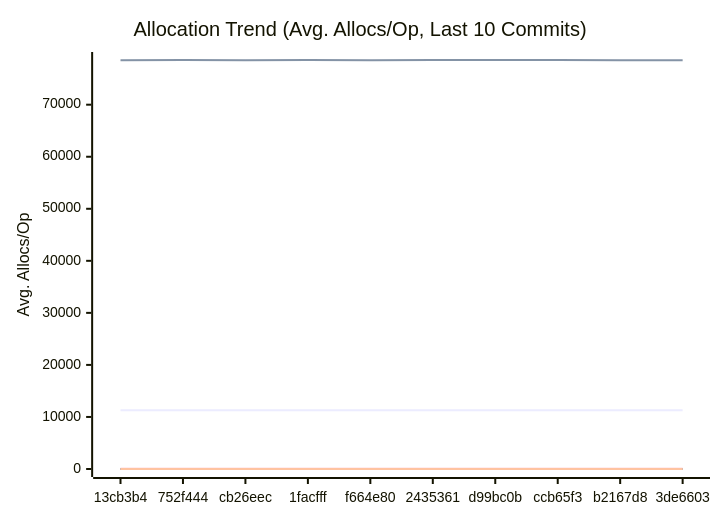
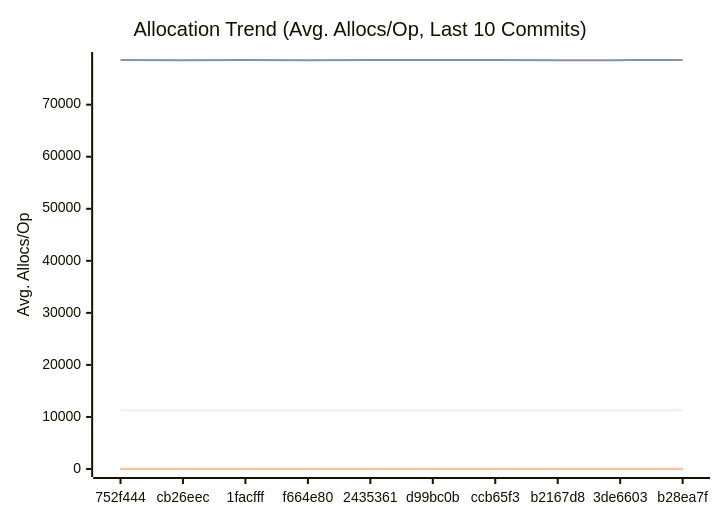
Before and after one commit to alsotoes/momo: the third of 3 diagrams in docs/PERFORMANCE.md, drawn with Mermaid. The commit also changed other lines of this file and 6 other files, not shown here.

````diff
--- a/docs/PERFORMANCE.md
+++ b/docs/PERFORMANCE.md
@@ -197,20 +197,20 @@
 ```mermaid
 xychart-beta
     title "Allocation Trend (Avg. Allocs/Op, Last 10 Commits)"
     x-axis "Commit"
     y-axis "Avg. Allocs/Op"
-    x-axis [13cb3b4,752f444,cb26eec,1facfff,f664e80,2435361,d99bc0b,ccb65f3,b2167d8,3de6603]
-    line "AWSChunkedReaderSigned" [11272,11275,11298,11308,11270,11298,11294,11296,11294,11282]
-    line "AWSChunkedReaderUnsigned" [78562,78568,78562,78579,78560,78566,78574,78587,78561,78563]
+    x-axis [752f444,cb26eec,1facfff,f664e80,2435361,d99bc0b,ccb65f3,b2167d8,3de6603,b28ea7f]
+    line "AWSChunkedReaderSigned" [11275,11298,11308,11270,11298,11294,11296,11294,11282,11296]
+    line "AWSChunkedReaderUnsigned" [78568,78562,78579,78560,78566,78574,78587,78561,78563,78568]
     line "CheckMetricsAndSwap" [0,0,0,0,0,0,0,0,0,0]
     line "CrushOptimized" [0,0,0,0,0,0,0,0,0,0]
     line "CrushOriginal" [3,3,3,3,3,3,3,3,3,3]
     line "IndexDirectTracking" [0,0,0,0,0,0,0,0,0,0]
     line "IndexSearch" [0,0,0,0,0,0,0,0,0,0]
     line "LoadGlobalConfig" [54,54,54,54,54,54,54,54,54,54]
     line "PadString" [1,1,1,1,1,1,1,1,1,1]
     line "ParseReplicationOrder_NoPrealloc" [6,6,6,6,6,5,5,5,5,5]
     line "ParseReplicationOrder_Prealloc" [2,2,2,2,2,1,1,1,1,1]
     line "SanitizeLog/Safe" [0,0,0,0,0,0,0,0,0,0]
     line "SanitizeLog/Unsafe" [1,1,1,1,1,1,1,1,1,1]
 ```
````
